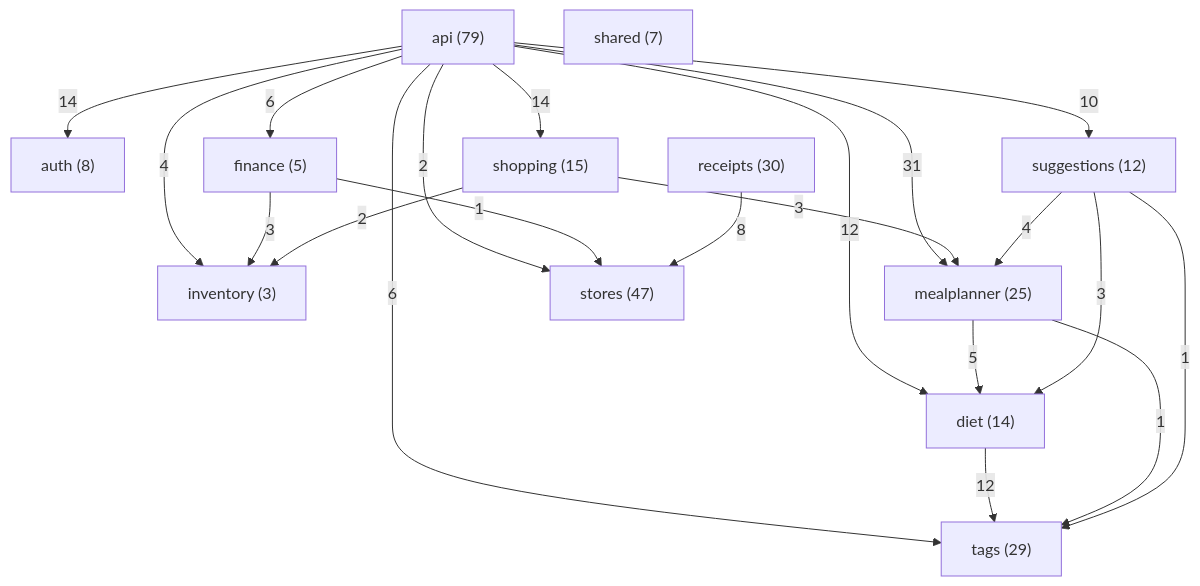
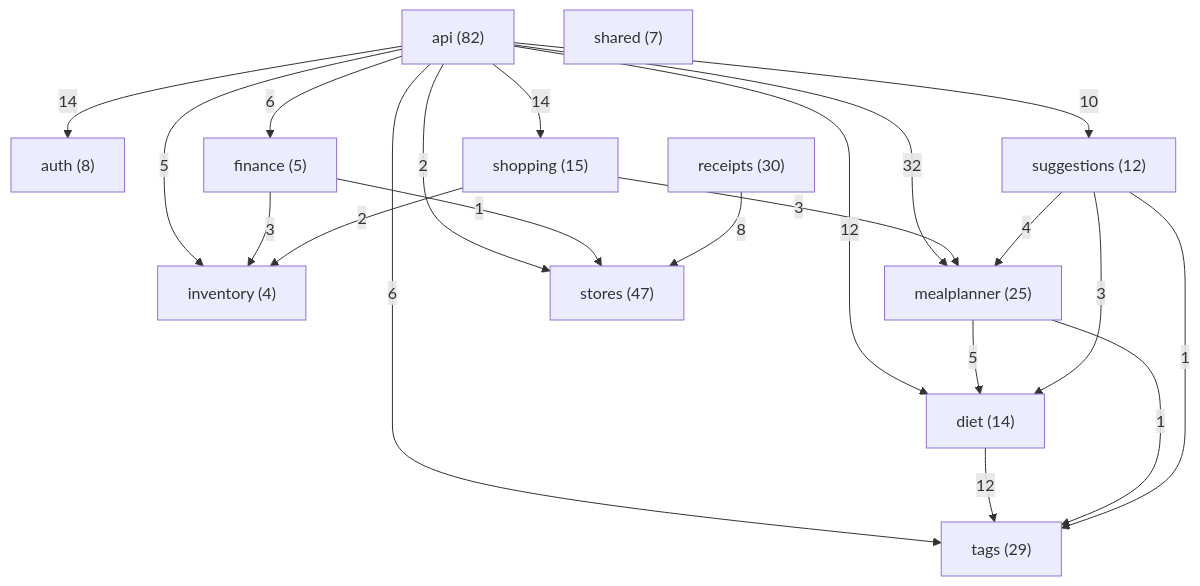
Before and after one commit to Nate-ryan-7690/dahaem: the diagram in docs/classes/README.md, drawn with Mermaid. The commit also changed other lines of this file and 6 other files, not shown here.

````diff
--- a/docs/classes/README.md
+++ b/docs/classes/README.md
@@ -9,35 +9,35 @@
 ```mermaid
 flowchart TD
-    api["api (79)"]
+    api["api (82)"]
     auth["auth (8)"]
     diet["diet (14)"]
     finance["finance (5)"]
-    inventory["inventory (3)"]
+    inventory["inventory (4)"]
     mealplanner["mealplanner (25)"]
     receipts["receipts (30)"]
     shared["shared (7)"]
     shopping["shopping (15)"]
     stores["stores (47)"]
     suggestions["suggestions (12)"]
     tags["tags (29)"]
     api -->|14| auth
     api -->|12| diet
     api -->|6| finance
-    api -->|4| inventory
-    api -->|31| mealplanner
+    api -->|5| inventory
+    api -->|32| mealplanner
     api -->|14| shopping
     api -->|2| stores
     api -->|10| suggestions
     api -->|6| tags
     diet -->|12| tags
     finance -->|3| inventory
     finance -->|1| stores
     mealplanner -->|5| diet
     mealplanner -->|1| tags
     receipts -->|8| stores
     shopping -->|2| inventory
     shopping -->|3| mealplanner
     suggestions -->|3| diet
     suggestions -->|4| mealplanner
     suggestions -->|1| tags
 ```
````
